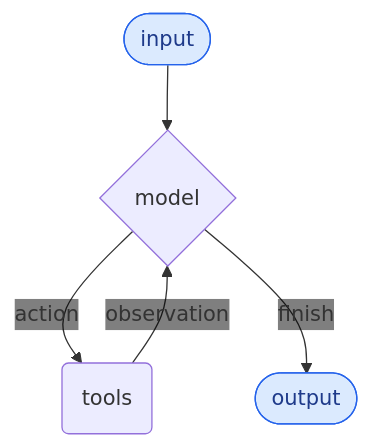
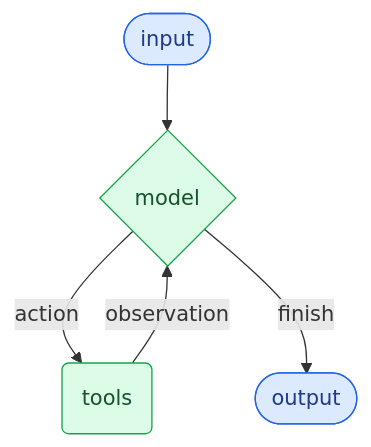
The diagram in oss/javascript/langchain/agents.mdx (kunfan96/cndocs-langchain), drawn with Mermaid before and after one commit. The commit also changed other lines of this file and 2611 other files, not shown here.

````diff
--- a/oss/javascript/langchain/agents.mdx
+++ b/oss/javascript/langchain/agents.mdx
@@ -14,28 +14,29 @@
 ```mermaid
 %%{
   init: {
     "fontFamily": "monospace",
     "flowchart": {
       "curve": "curve"
-    },
-    "themeVariables": {"edgeLabelBackground": "transparent"}
+    }
   }
 }%%
 graph TD
   %% Outside the agent
   QUERY([input])
   LLM{model}
   TOOL(tools)
   ANSWER([output])
 
   %% Main flows (no inline labels)
   QUERY --> LLM
   LLM --"action"--> TOOL
   TOOL --"observation"--> LLM
   LLM --"finish"--> ANSWER
 
   classDef blueHighlight fill:#DBEAFE,stroke:#2563EB,color:#1E3A8A;
   classDef greenHighlight fill:#DCFCE7,stroke:#16A34A,color:#14532D;
   class QUERY blueHighlight;
   class ANSWER blueHighlight;
+  class LLM greenHighlight;
+  class TOOL greenHighlight;
 ```
````
